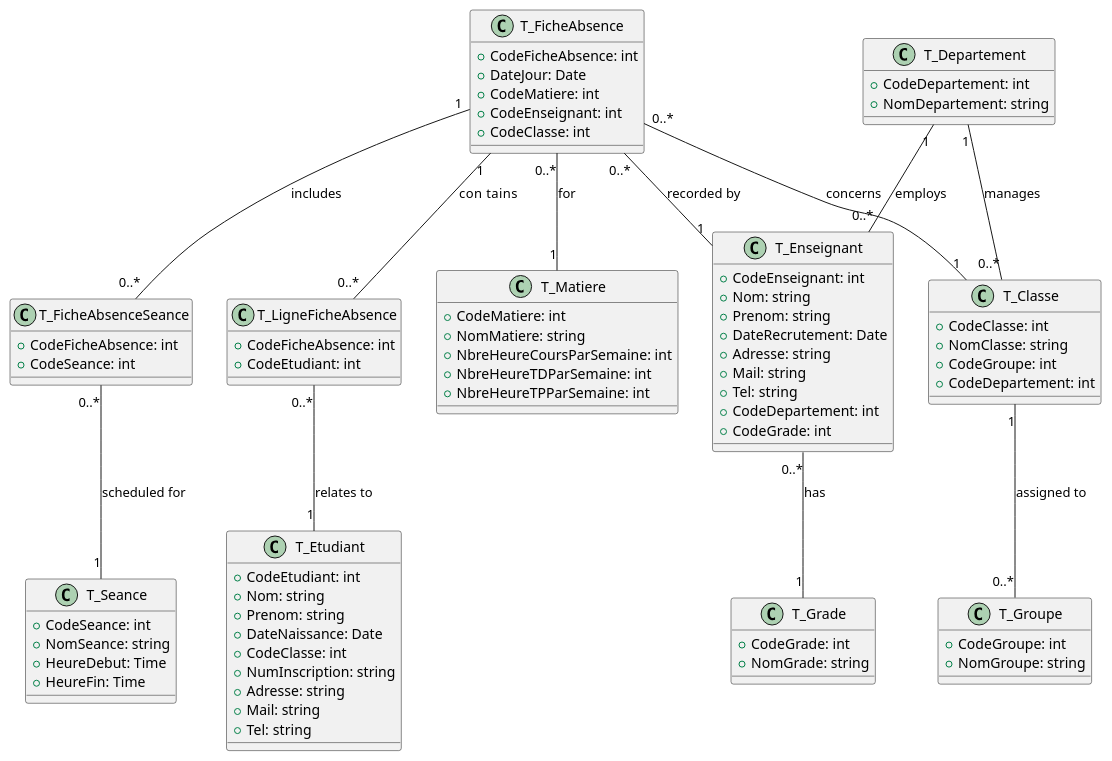
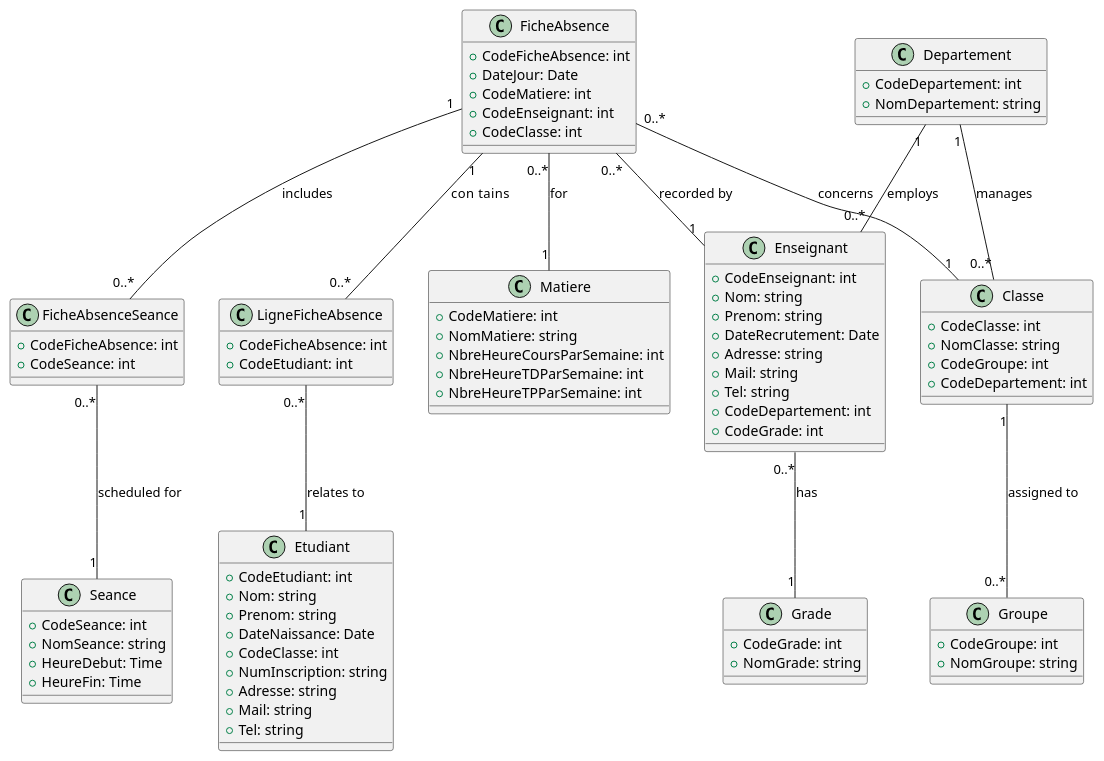
Before and after one commit to Mk-1000/mini.projet.net: the diagram in classdiagram.plantuml, drawn with PlantUML. The commit also changed 313 other files, not shown here.

```diff
--- a/classdiagram.plantuml
+++ b/classdiagram.plantuml
@@ -1,95 +1,94 @@
 @startuml
 
-class T_Classe {
+class Classe {
   + CodeClasse: int
   + NomClasse: string
   + CodeGroupe: int
   + CodeDepartement: int
 }
 
-class T_Matiere {
+class Matiere {
   + CodeMatiere: int
   + NomMatiere: string
   + NbreHeureCoursParSemaine: int
   + NbreHeureTDParSemaine: int
   + NbreHeureTPParSemaine: int
 }
 
-class T_Seance {
+class Seance {
   + CodeSeance: int
   + NomSeance: string
   + HeureDebut: Time
   + HeureFin: Time
 }
 
-class T_Groupe {
+class Groupe {
   + CodeGroupe: int
   + NomGroupe: string
 }
 
-class T_FicheAbsence {
+class FicheAbsence {
   + CodeFicheAbsence: int
   + DateJour: Date
   + CodeMatiere: int
   + CodeEnseignant: int
   + CodeClasse: int
 }
 
-class T_FicheAbsenceSeance {
+class FicheAbsenceSeance {
   + CodeFicheAbsence: int
   + CodeSeance: int
 }
 
-class T_LigneFicheAbsence {
+class LigneFicheAbsence {
   + CodeFicheAbsence: int
   + CodeEtudiant: int
 }
 
-class T_Departement {
+class Departement {
   + CodeDepartement: int
   + NomDepartement: string
 }
 
-class T_Grade {
+class Grade {
   + CodeGrade: int
   + NomGrade: string
 }
 
-class T_Enseignant {
+class Enseignant {
   + CodeEnseignant: int
   + Nom: string
   + Prenom: string
   + DateRecrutement: Date
   + Adresse: string
   + Mail: string
   + Tel: string
   + CodeDepartement: int
   + CodeGrade: int
 }
 
-class T_Etudiant {
+class Etudiant {
   + CodeEtudiant: int
   + Nom: string
   + Prenom: string
   + DateNaissance: Date
   + CodeClasse: int
   + NumInscription: string
   + Adresse: string
   + Mail: string
   + Tel: string
 }
 
-T_Departement "1" -- "0..*" T_Classe : manages
-T_Departement "1" -- "0..*" T_Enseignant : employs
-' T_Classe "1" -- "0..*" T_Etudiant : contains
-T_Classe "1" -- "0..*" T_Groupe : assigned to
-T_FicheAbsence "1" -- "0..*" T_FicheAbsenceSeance : includes
-T_FicheAbsence "1" -- "0..*" T_LigneFicheAbsence : con  tains
-T_FicheAbsence "0..*" -- "1" T_Classe : concerns
-T_FicheAbsence "0..*" -- "1" T_Matiere : for
-T_FicheAbsence "0..*" -- "1" T_Enseignant : recorded by
-T_FicheAbsenceSeance "0..*" -- "1" T_Seance : scheduled for
-T_LigneFicheAbsence "0..*" -- "1" T_Etudiant : relates to
-T_Enseignant "0..*" -- "1" T_Grade : has
+Departement "1" -- "0..*" Classe : manages
+Departement "1" -- "0..*" Enseignant : employs
+Classe "1" -- "0..*" Groupe : assigned to
+FicheAbsence "1" -- "0..*" FicheAbsenceSeance : includes
+FicheAbsence "1" -- "0..*" LigneFicheAbsence : con  tains
+FicheAbsence "0..*" -- "1" Classe : concerns
+FicheAbsence "0..*" -- "1" Matiere : for
+FicheAbsence "0..*" -- "1" Enseignant : recorded by
+FicheAbsenceSeance "0..*" -- "1" Seance : scheduled for
+LigneFicheAbsence "0..*" -- "1" Etudiant : relates to
+Enseignant "0..*" -- "1" Grade : has
 
 @enduml
```
